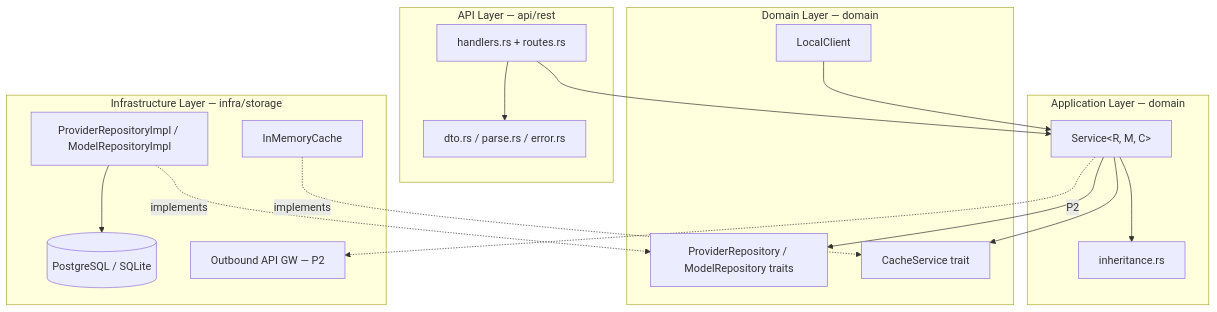
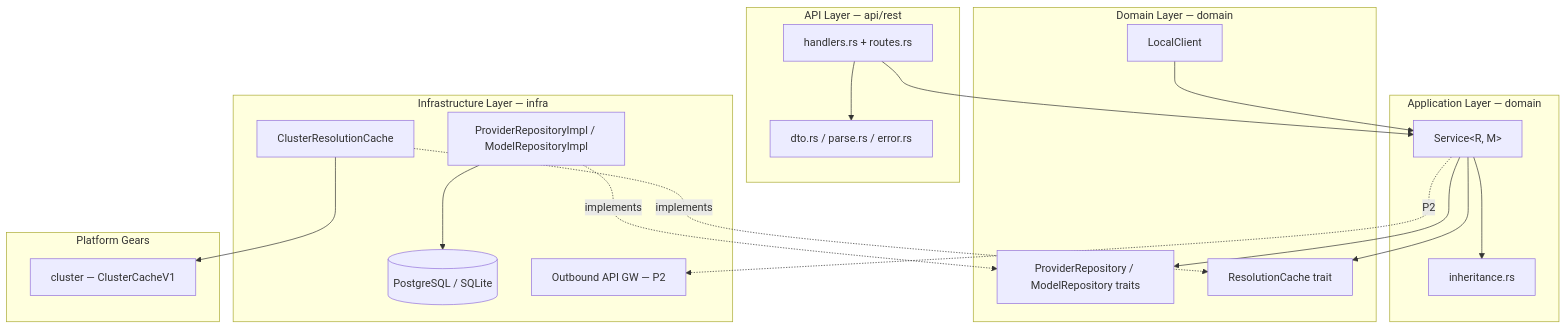
The first of 9 diagrams in gears/model-registry/docs/DESIGN.md (constructorfabric/gears-rust), drawn with Mermaid before and after one commit. The commit also changed other lines of this file and 1 other file, not shown here.

Commit message:
docs(model-registry): Update cache strategy

````diff
--- a/gears/model-registry/docs/DESIGN.md
+++ b/gears/model-registry/docs/DESIGN.md
@@ -105,36 +106,41 @@
 ```mermaid
 graph TB
     subgraph API["API Layer — api/rest"]
         REST[handlers.rs + routes.rs]
         DTO[dto.rs / parse.rs / error.rs]
     end
 
     subgraph Application["Application Layer — domain"]
-        SVC[Service&lt;R, M, C&gt;]
+        SVC[Service&lt;R, M&gt;]
         INHERIT[inheritance.rs]
     end
 
     subgraph Domain["Domain Layer — domain"]
         REPO[ProviderRepository / ModelRepository traits]
-        CACHE[CacheService trait]
+        CACHE[ResolutionCache trait]
         CLIENT[LocalClient]
     end
 
-    subgraph Infrastructure["Infrastructure Layer — infra/storage"]
+    subgraph Infrastructure["Infrastructure Layer — infra"]
         REPO_IMPL[ProviderRepositoryImpl / ModelRepositoryImpl]
-        MEMCACHE[InMemoryCache]
+        CLUSTERCACHE[ClusterResolutionCache]
         STORAGE[(PostgreSQL / SQLite)]
         OAGW[Outbound API GW — P2]
+    end
+
+    subgraph Platform["Platform Gears"]
+        CLUSTER[cluster — ClusterCacheV1]
     end
 
     REST --> DTO
     REST --> SVC
     SVC --> INHERIT
     SVC --> CACHE
     SVC --> REPO
     CLIENT --> SVC
     REPO_IMPL -.implements.-> REPO
-    MEMCACHE -.implements.-> CACHE
+    CLUSTERCACHE -.implements.-> CACHE
+    CLUSTERCACHE --> CLUSTER
     REPO_IMPL --> STORAGE
     SVC -.P2.-> OAGW
 ```
````
